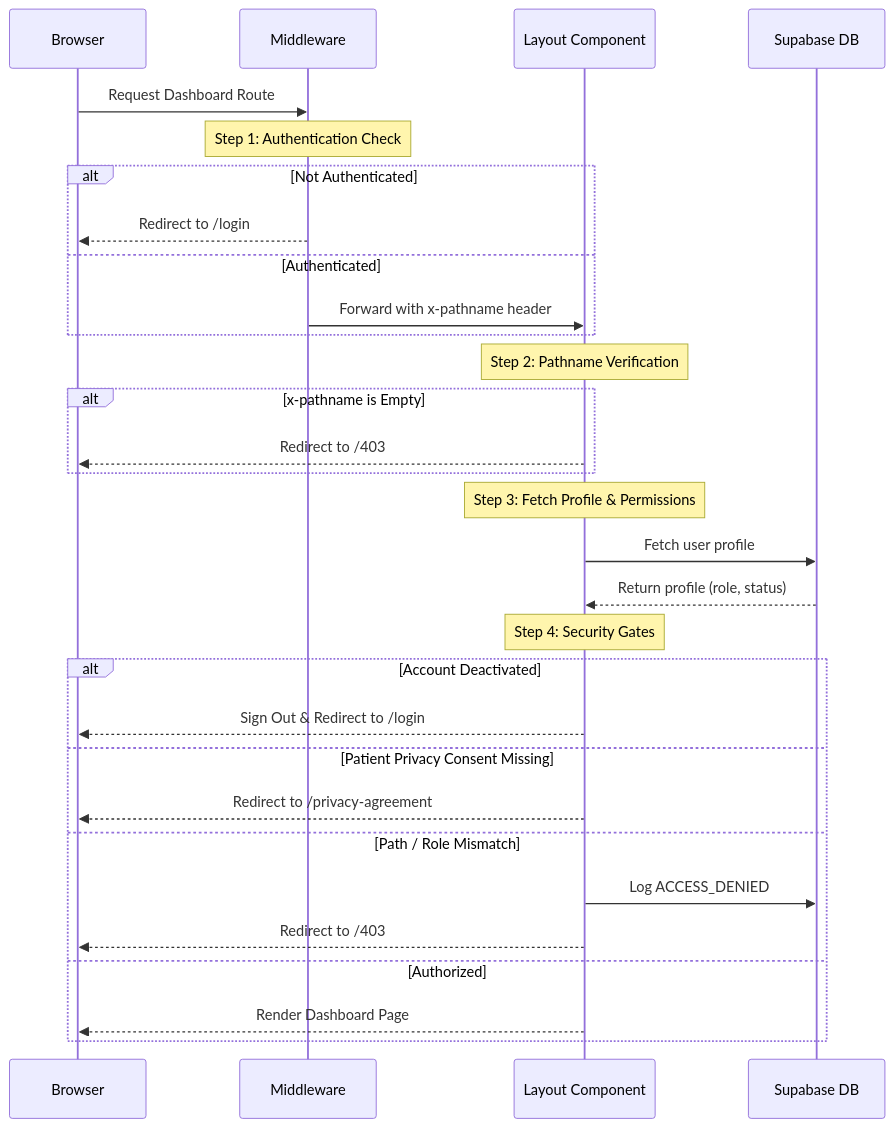
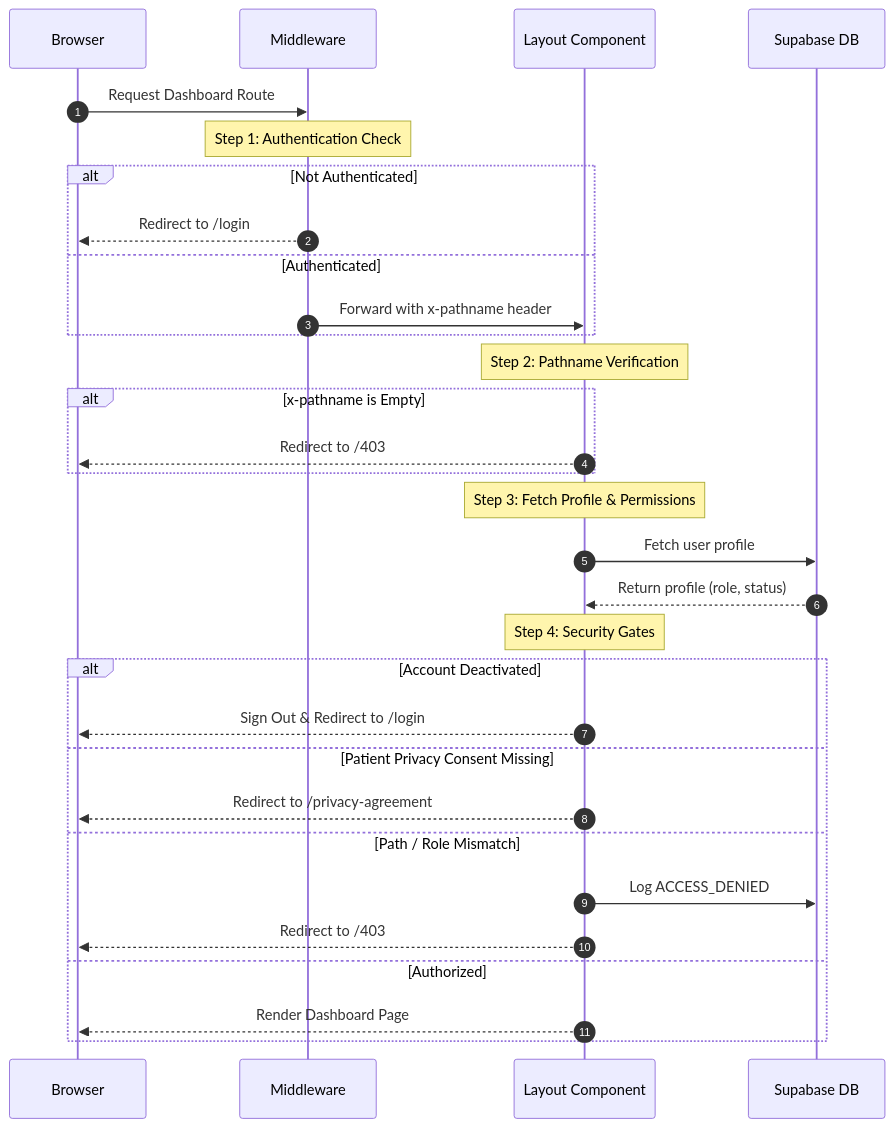
The diagram in documentation/ARCHITECTURE.md (Setsuna-guwah/Klinikaid), drawn with Mermaid before and after one commit.

Commit message:
docs: add autonumber to layout gate sequence diagram in ARCHITECTURE.md

````diff
--- a/documentation/ARCHITECTURE.md
+++ b/documentation/ARCHITECTURE.md
@@ -26,36 +26,37 @@
 ```mermaid
 sequenceDiagram
+    autonumber
     participant Browser as Browser
     participant MW as Middleware
     participant Layout as Layout Component
     participant DB as Supabase DB
 
     Browser->>MW: Request Dashboard Route
     Note over MW: Step 1: Authentication Check
     alt Not Authenticated
         MW-->>Browser: Redirect to /login
     else Authenticated
         MW->>Layout: Forward with x-pathname header
     end
 
     Note over Layout: Step 2: Pathname Verification
     alt x-pathname is Empty
         Layout-->>Browser: Redirect to /403
     end
 
     Note over Layout: Step 3: Fetch Profile & Permissions
     Layout->>DB: Fetch user profile
     DB-->>Layout: Return profile (role, status)
 
     Note over Layout: Step 4: Security Gates
     alt Account Deactivated
         Layout-->>Browser: Sign Out & Redirect to /login
     else Patient Privacy Consent Missing
         Layout-->>Browser: Redirect to /privacy-agreement
     else Path / Role Mismatch
         Layout->>DB: Log ACCESS_DENIED
         Layout-->>Browser: Redirect to /403
     else Authorized
         Layout-->>Browser: Render Dashboard Page
     end
 ```
````
